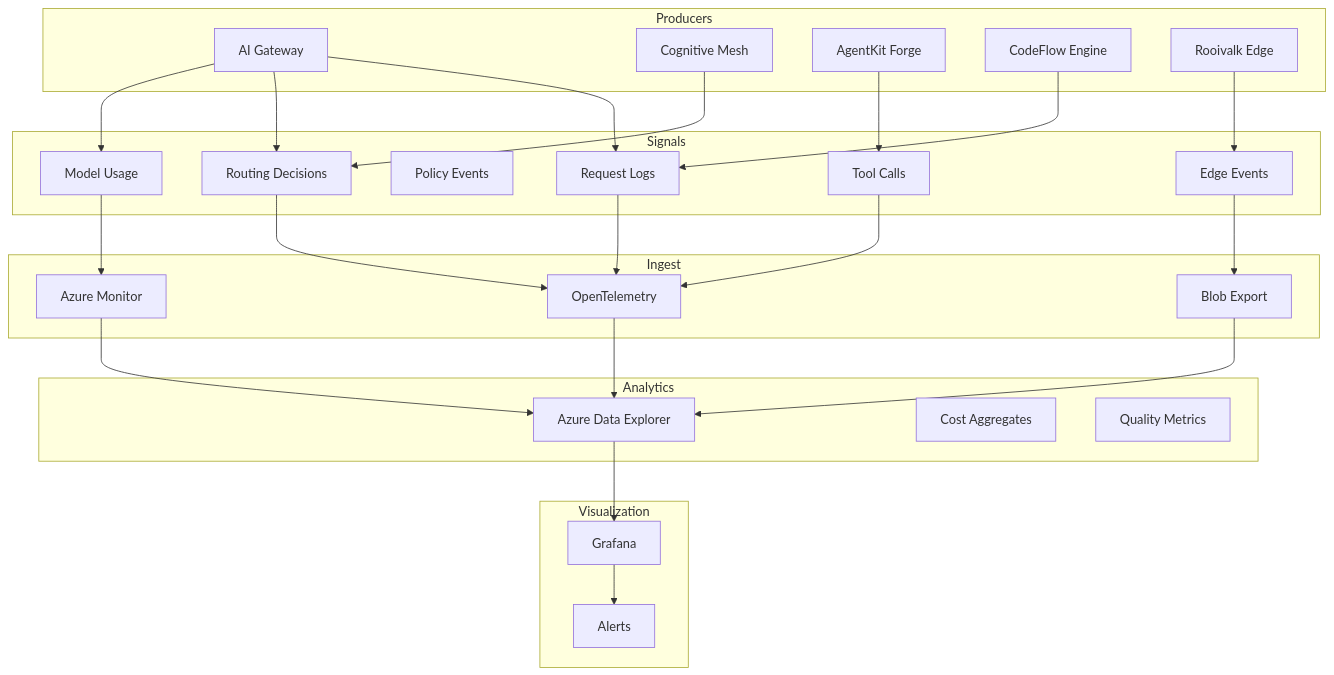
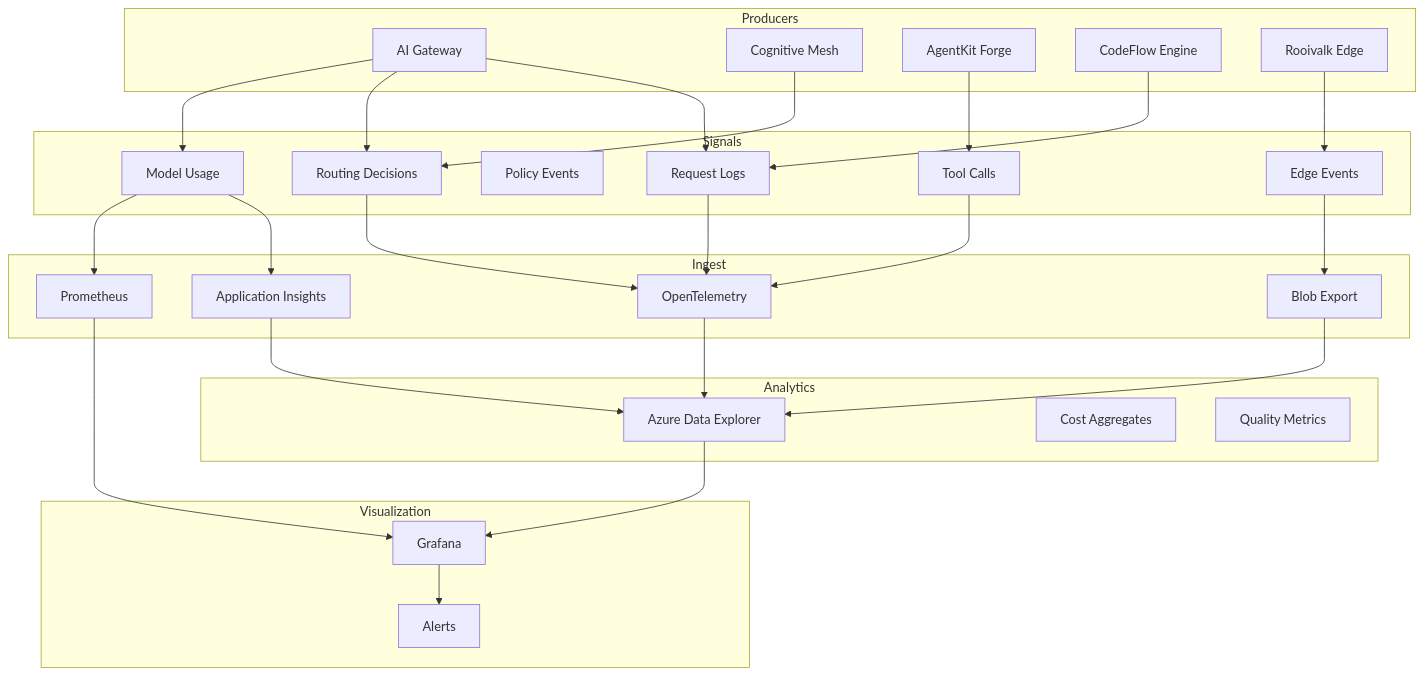
Before and after one commit to phoenixvc/ai-gateway: the diagram in docs/architecture/04-observability-telemetry.md, drawn with Mermaid. The commit also changed other lines of this file and 4 other files, not shown here.

First line of the commit message:
docs: update architecture documentation with telemetry and model details

````diff
--- a/docs/architecture/04-observability-telemetry.md
+++ b/docs/architecture/04-observability-telemetry.md
@@ -16,57 +16,60 @@
 ```mermaid
 flowchart TB
     subgraph Producers
         P1[AI Gateway]
         P2[Cognitive Mesh]
         P3[AgentKit Forge]
         P4[CodeFlow Engine]
         P5[Rooivalk Edge]
     end
 
     subgraph Signals
         S1[Request Logs]
         S2[Routing Decisions]
         S3[Policy Events]
         S4[Tool Calls]
         S5[Model Usage]
         S6[Edge Events]
     end
 
     subgraph Ingest
         I1[OpenTelemetry]
-        I2[Azure Monitor]
+        I2[Application Insights]
         I3[Blob Export]
+        I4[Prometheus]
     end
 
     subgraph Analytics
         A1[Azure Data Explorer]
         A2[Cost Aggregates]
         A3[Quality Metrics]
     end
 
     subgraph Visualization
         V1[Grafana]
         V2[Alerts]
     end
 
     P1 --> S1
     P1 --> S2
     P1 --> S5
     P2 --> S2
     P3 --> S4
     P4 --> S1
     P5 --> S6
 
     S1 --> I1
     S2 --> I1
     S4 --> I1
     S5 --> I2
     S6 --> I3
+    S5 --> I4
 
     I1 --> A1
     I2 --> A1
     I3 --> A1
+    I4 --> V1
 
     A1 --> V1
     V1 --> V2
 ```
````
